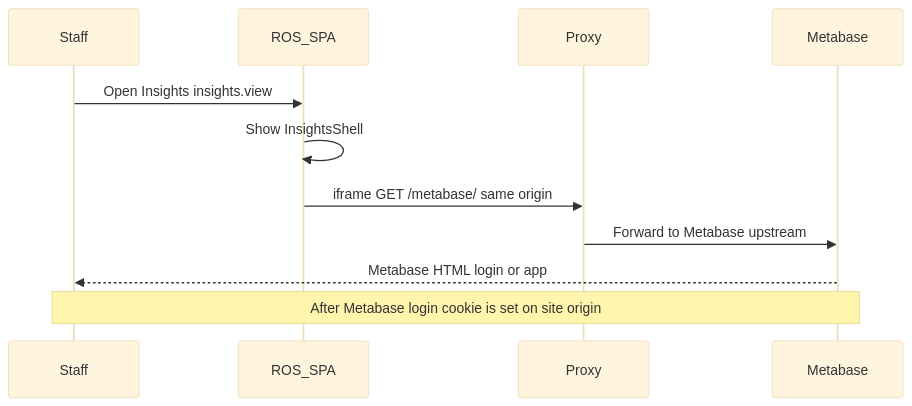
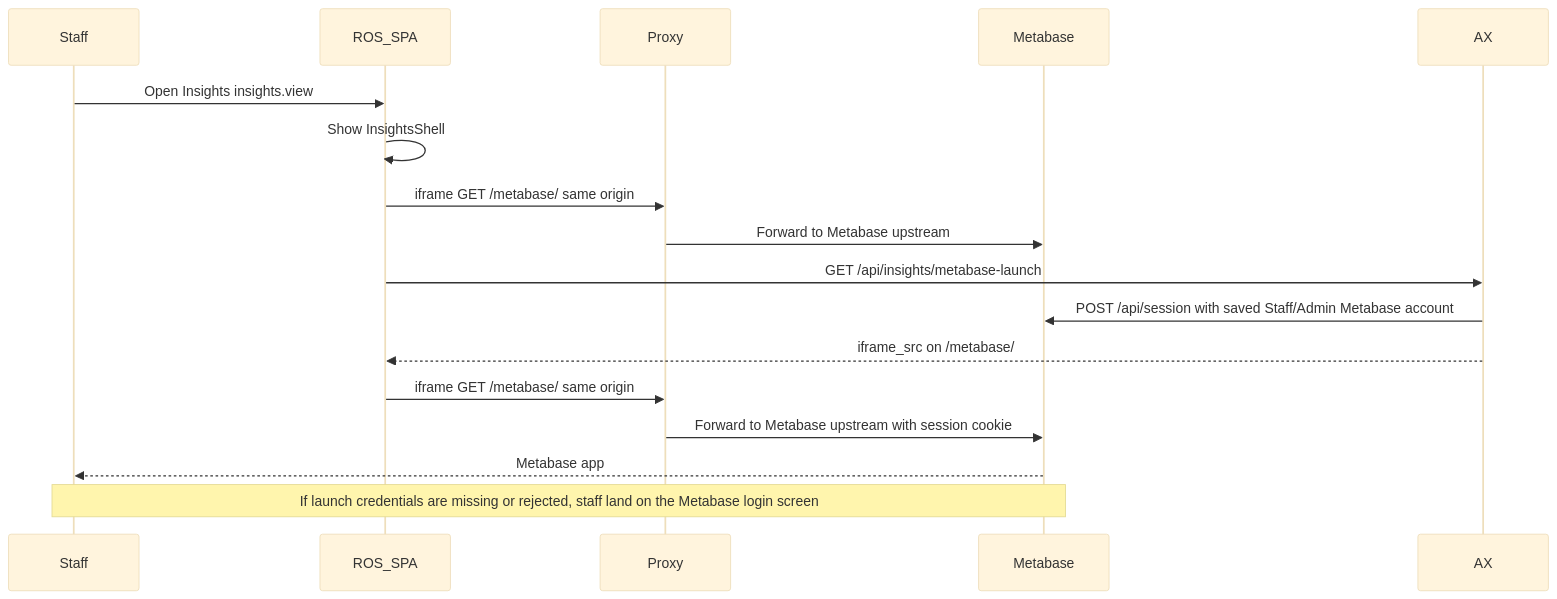
Before and after one commit to cpg716/riverside-os: the second of 2 diagrams in docs/PLAN_METABASE_INSIGHTS_EMBED.md, drawn with Mermaid (base theme). The commit also changed other lines of this file and 11 other files, not shown here.

Commit message:
fix: harden metabase insights launch

````diff
--- a/docs/PLAN_METABASE_INSIGHTS_EMBED.md
+++ b/docs/PLAN_METABASE_INSIGHTS_EMBED.md
@@ -81,14 +81,19 @@
 ```mermaid
 sequenceDiagram
   participant Staff
   participant ROS as ROS_SPA
   participant Proxy
   participant MB as Metabase
 
   Staff->>ROS: Open Insights insights.view
   ROS->>ROS: Show InsightsShell
   ROS->>Proxy: iframe GET /metabase/ same origin
   Proxy->>MB: Forward to Metabase upstream
-  MB-->>Staff: Metabase HTML login or app
-  Note over Staff,MB: After Metabase login cookie is set on site origin
+  ROS->>AX: GET /api/insights/metabase-launch
+  AX->>MB: POST /api/session with saved Staff/Admin Metabase account
+  AX-->>ROS: iframe_src on /metabase/
+  ROS->>Proxy: iframe GET /metabase/ same origin
+  Proxy->>MB: Forward to Metabase upstream with session cookie
+  MB-->>Staff: Metabase app
+  Note over Staff,MB: If launch credentials are missing or rejected, staff land on the Metabase login screen
 ```
````
